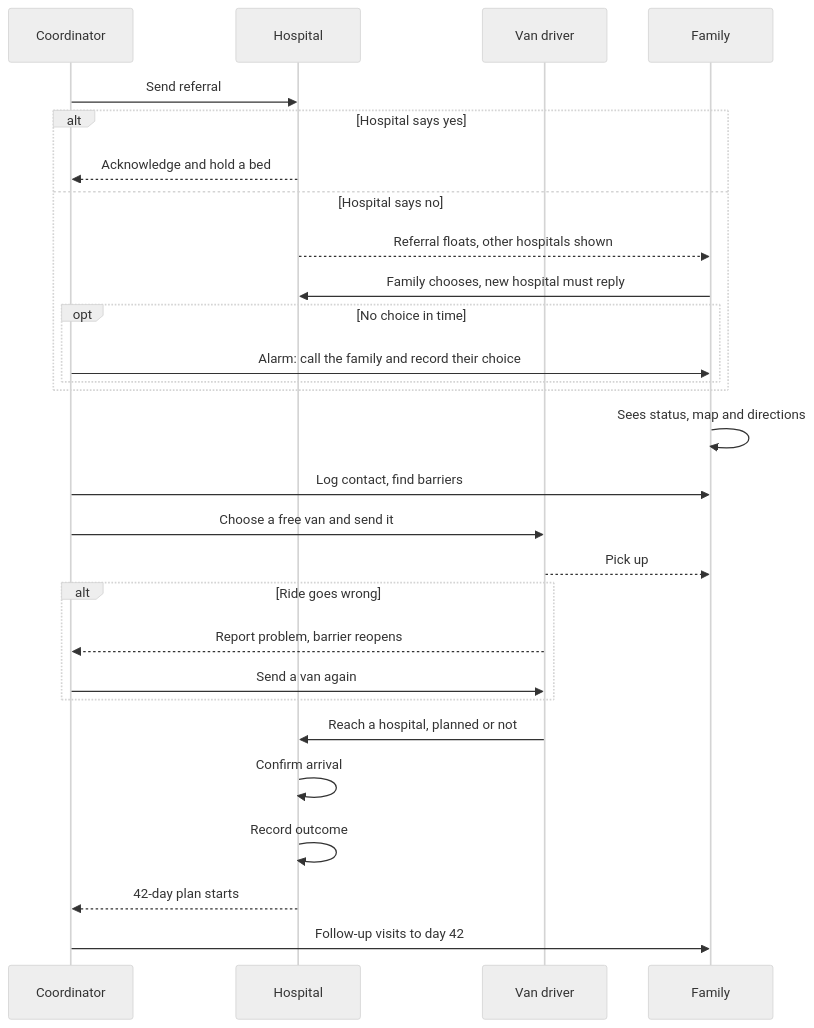
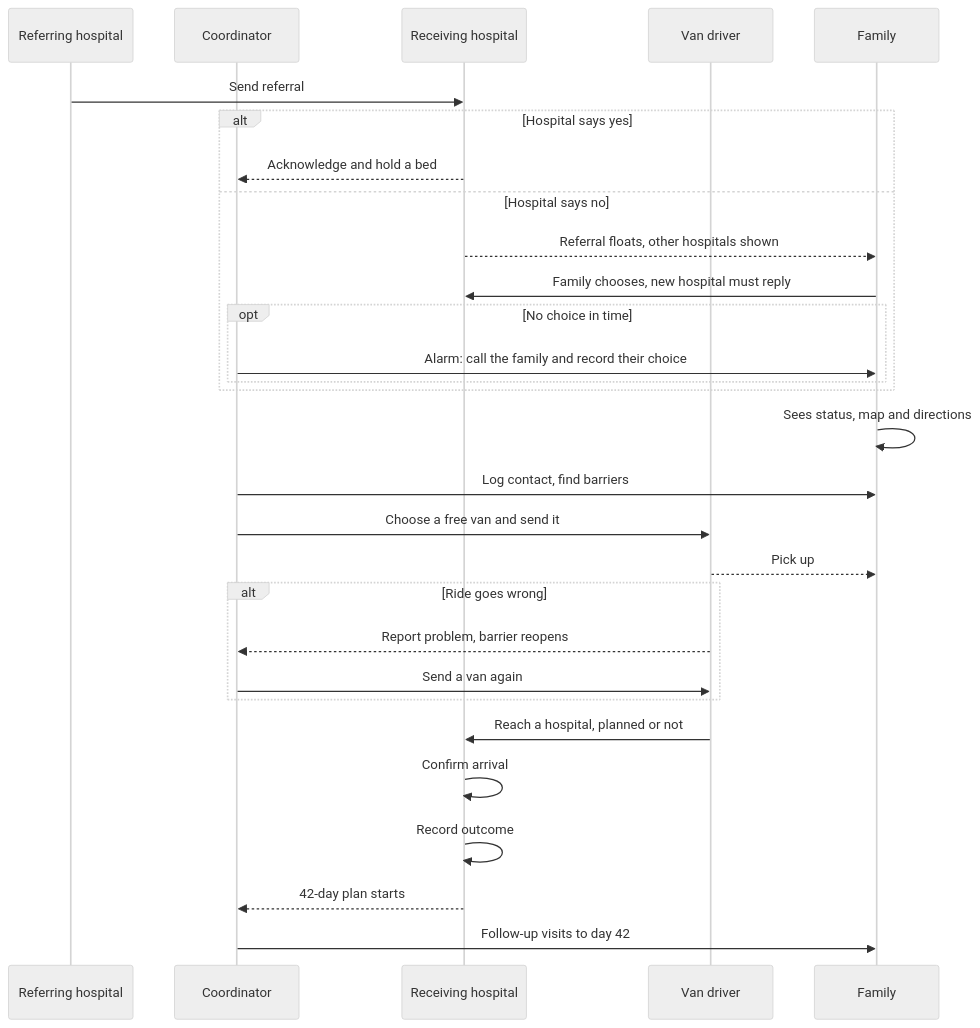
One commit to Shabnam852/health-a-thon changed the diagram in docs/diagrams/03-patient-journey.mmd. Above: the diagram before and after it, drawn with Mermaid (neutral theme). The commit also changed 10 other files, not shown here.

First line of the commit message:
feat: make new referrals a hospital action, sent from the active hospital

```diff
--- a/docs/diagrams/03-patient-journey.mmd
+++ b/docs/diagrams/03-patient-journey.mmd
@@ -1,31 +1,32 @@
 sequenceDiagram
   accTitle: Patient journey
-  accDescr: Sequence: a referral is sent. The hospital accepts or declines. If it declines, the referral floats and the family chooses another hospital, or the coordinator records their choice after an alarm. The coordinator sends a free van, a failed ride reopens the barrier. Any hospital the patient reaches confirms arrival and records the outcome, then the 42-day plan starts.
+  accDescr: Sequence: a referring hospital sends a referral. The receiving hospital accepts or declines. If it declines, the referral floats and the family chooses another hospital, or the coordinator records their choice after an alarm. The coordinator sends a free van, a failed ride reopens the barrier. Any hospital the patient reaches confirms arrival and records the outcome, then the 42-day plan starts.
+  participant R as Referring hospital
   participant C as Coordinator
-  participant H as Hospital
+  participant H as Receiving hospital
   participant V as Van driver
   participant F as Family
 
-  C->>H: Send referral
+  R->>H: Send referral
   alt Hospital says yes
     H-->>C: Acknowledge and hold a bed
   else Hospital says no
     H-->>F: Referral floats, other hospitals shown
     F->>H: Family chooses, new hospital must reply
     opt No choice in time
       C->>F: Alarm: call the family and record their choice
     end
   end
   F->>F: Sees status, map and directions
   C->>F: Log contact, find barriers
   C->>V: Choose a free van and send it
   V-->>F: Pick up
   alt Ride goes wrong
     V-->>C: Report problem, barrier reopens
     C->>V: Send a van again
   end
   V->>H: Reach a hospital, planned or not
   H->>H: Confirm arrival
   H->>H: Record outcome
   H-->>C: 42-day plan starts
   C->>F: Follow-up visits to day 42
```
